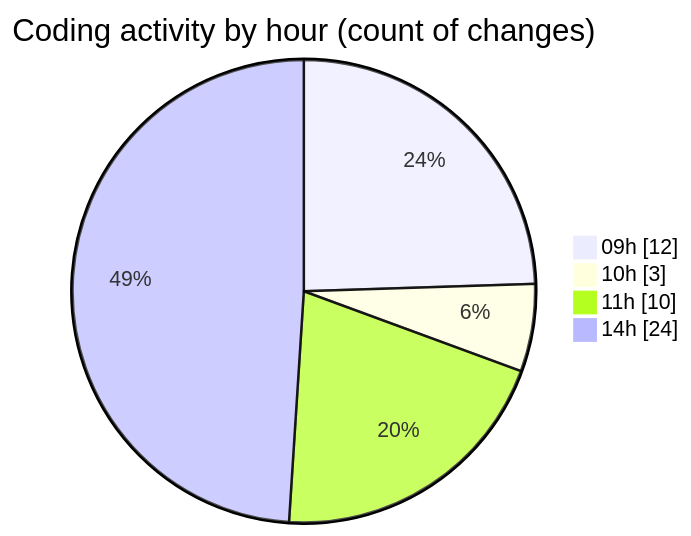
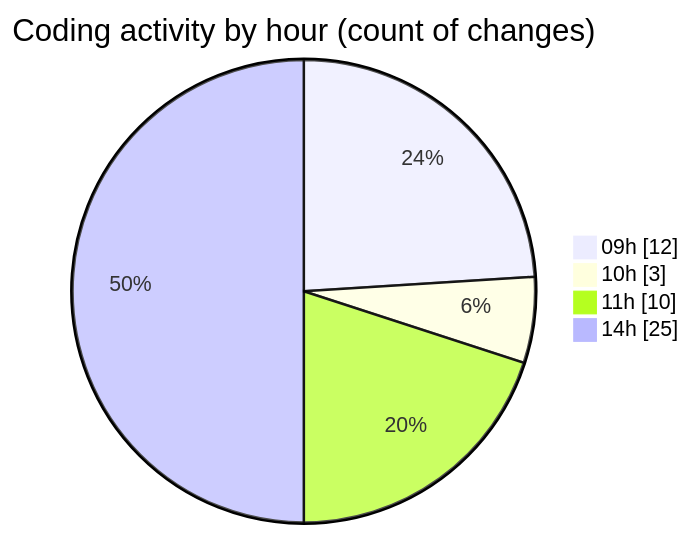
The second of 2 diagrams in 2025-03-08/myws__workspace_/README.md (MatusMokan/code-tracking), drawn with Mermaid before and after one commit. The commit also changed other lines of this file and 1 other file, not shown here.

````diff
--- a/2025-03-08/myws__workspace_/README.md
+++ b/2025-03-08/myws__workspace_/README.md
@@ -30,8 +30,8 @@
 ```mermaid
 pie showData
 title Coding activity by hour (count of changes)
 "09h" : 12
 "10h" : 3
 "11h" : 10
-"14h" : 24
+"14h" : 25
 ```
````
